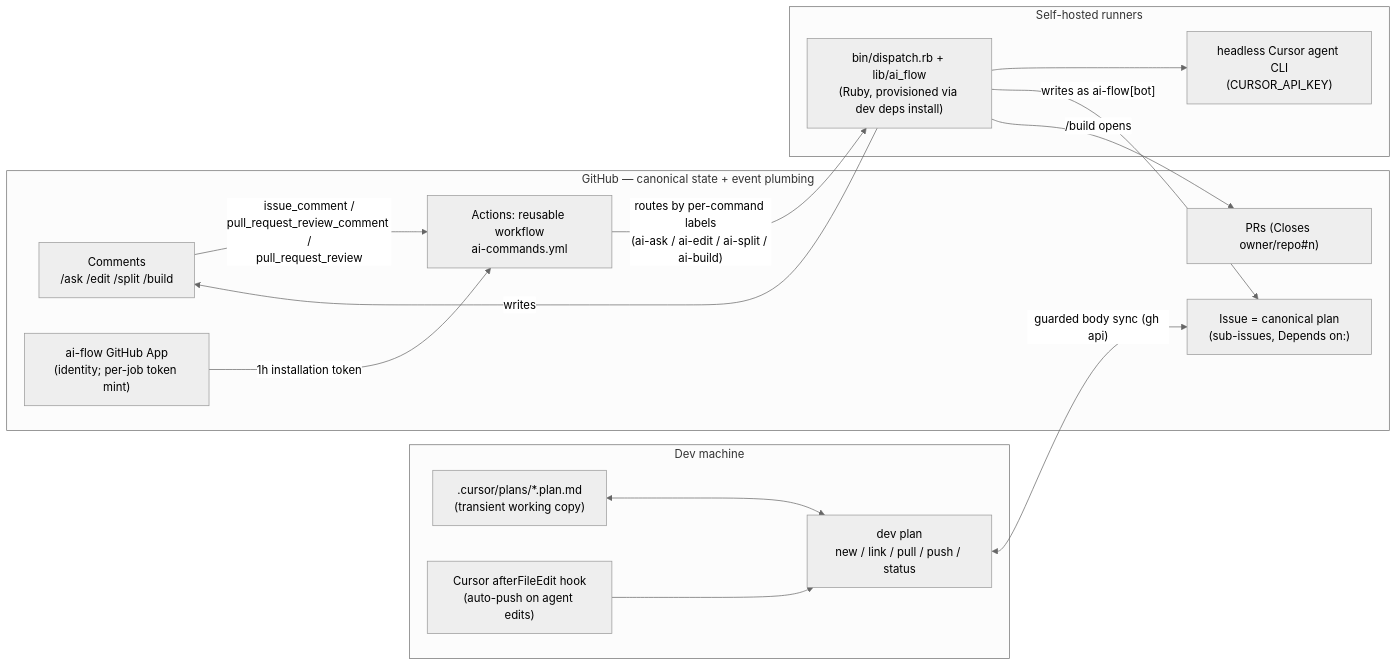
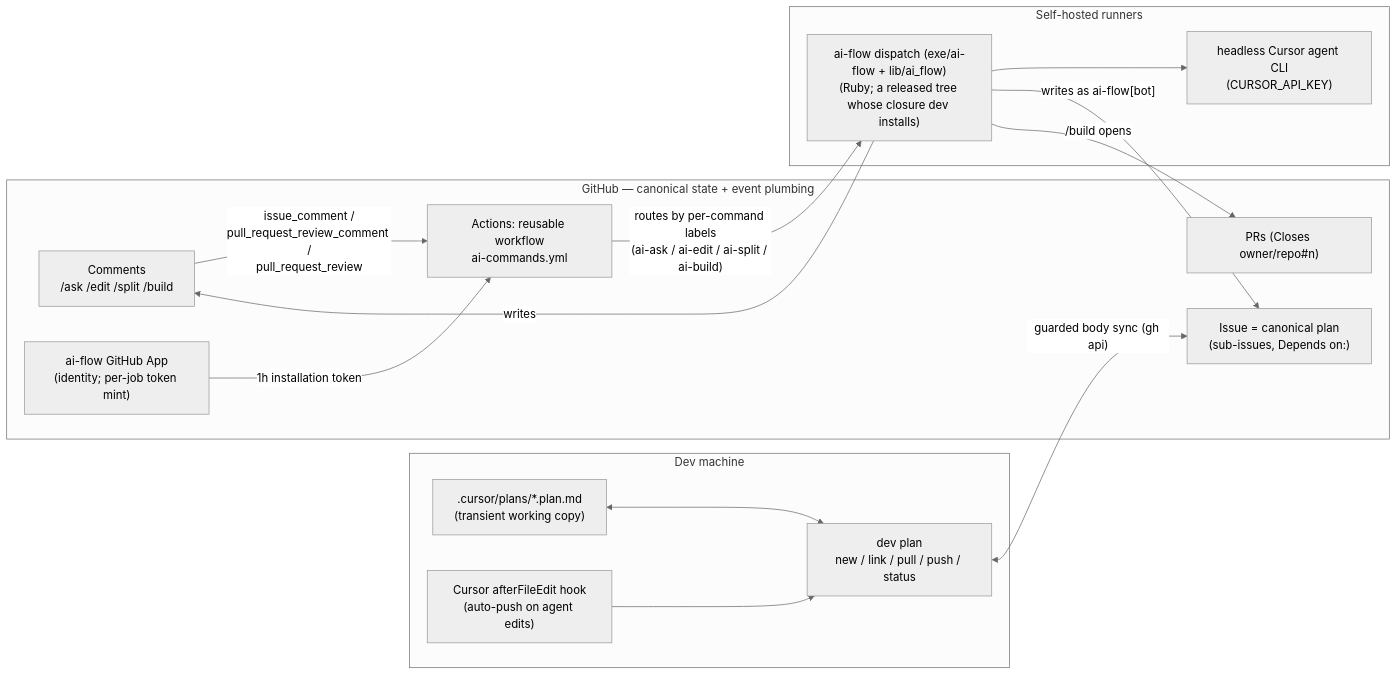
One commit to d3mlabs/ai-flow changed the first of 7 diagrams in docs/architecture.md. Above: the diagram before and after it, drawn with Mermaid (neutral theme). The commit also changed other lines of this file and 21 other files, not shown here.

Commit message:
ai-flow /build: ai-flow: releasable and self-describing — VERSION 1.0.0, exe/ai-flow (dispatch, gate), dev.yml with target, release:, deploy: gh and the declared agent and orchestrator roles; cursor-cli in dependencies.rb

````diff
--- a/docs/architecture.md
+++ b/docs/architecture.md
@@ -17,32 +17,32 @@
 ```mermaid
 flowchart LR
     subgraph localZone [Dev machine]
         planFile[".cursor/plans/*.plan.md<br/>(transient working copy)"]
         devPlan["dev plan<br/>new / link / pull / push / status"]
         hook["Cursor afterFileEdit hook<br/>(auto-push on agent edits)"]
     end
 
     subgraph githubZone [GitHub — canonical state + event plumbing]
         issue["Issue = canonical plan<br/>(sub-issues, Depends on:)"]
         comments["Comments<br/>/ask /edit /split /build"]
         pr["PRs (Closes owner/repo#n)"]
         actions["Actions: reusable workflow<br/>ai-commands.yml"]
         app["ai-flow GitHub App<br/>(identity; per-job token mint)"]
     end
 
     subgraph runnerZone [Self-hosted runners]
-        dispatcher["bin/dispatch.rb + lib/ai_flow<br/>(Ruby, provisioned via dev deps install)"]
+        dispatcher["ai-flow dispatch (exe/ai-flow + lib/ai_flow)<br/>(Ruby; a released tree whose closure dev installs)"]
         agentCli["headless Cursor agent CLI<br/>(CURSOR_API_KEY)"]
     end
 
     planFile <--> devPlan
     hook --> devPlan
     devPlan <-->|"guarded body sync (gh api)"| issue
     comments -->|"issue_comment /<br/>pull_request_review_comment /<br/>pull_request_review"| actions
     actions -->|"routes by per-command labels<br/>(ai-ask / ai-edit / ai-split / ai-build)"| dispatcher
     app -->|"1h installation token"| actions
     dispatcher --> agentCli
     dispatcher -->|"writes as ai-flow[bot]"| issue
     dispatcher -->|writes| comments
     dispatcher -->|"/build opens"| pr
 ```
````
